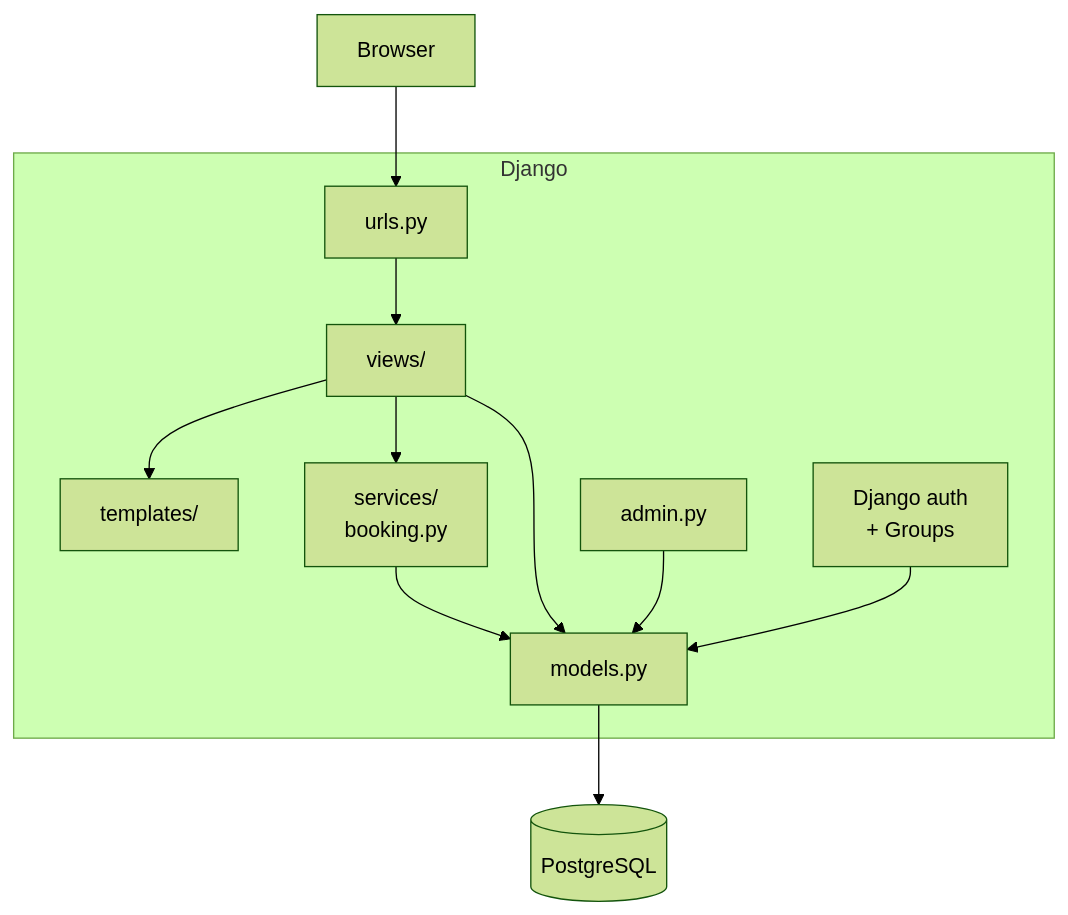
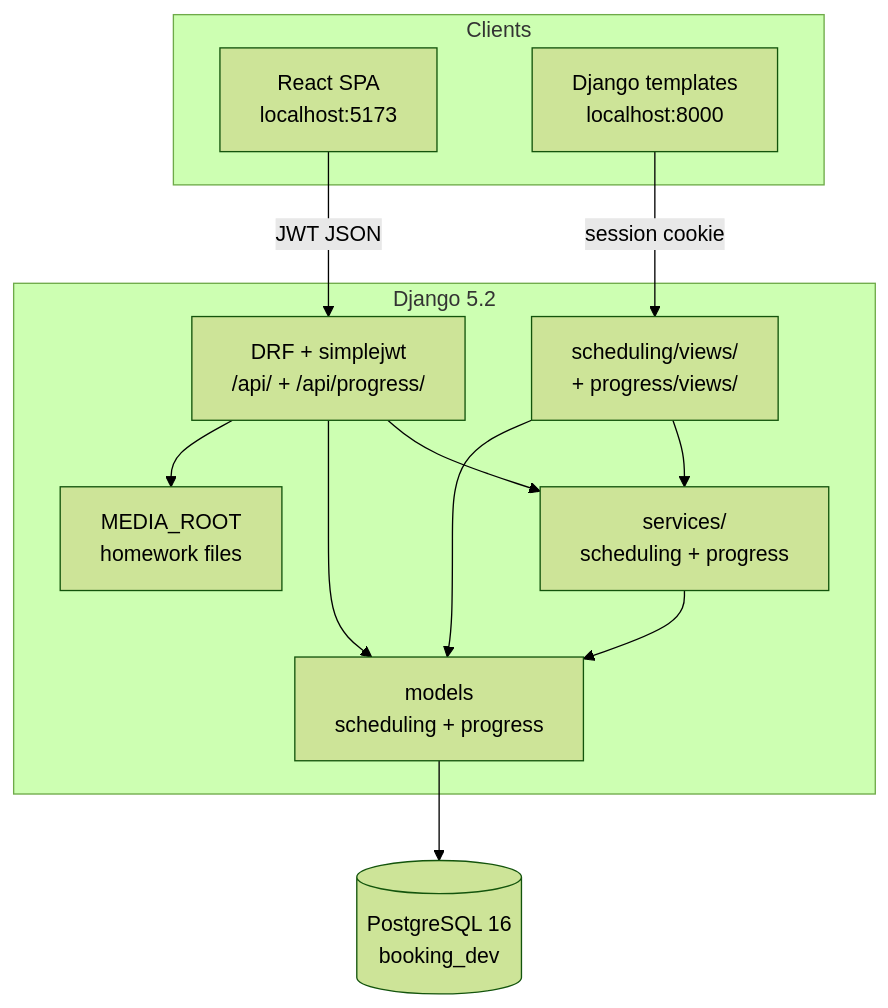
The first of 2 diagrams in docs/architecture-and-roadmap.md (GNOgonzalez/booking_system), drawn with Mermaid (forest theme) before and after one commit. The commit also changed other lines of this file and 193 other files, not shown here.

````diff
--- a/docs/architecture-and-roadmap.md
+++ b/docs/architecture-and-roadmap.md
@@ -48,23 +13,27 @@
 ```mermaid
 flowchart TB
-    Browser["Browser"]
-    subgraph django["Django"]
-        URLs["urls.py"]
-        Views["views/"]
-        Templates["templates/"]
-        Services["services/\nbooking.py"]
-        Models["models.py"]
-        Auth["Django auth\n+ Groups"]
-        Admin["admin.py"]
+    subgraph clients["Clients"]
+        React["React SPA\nlocalhost:5173"]
+        HTML["Django templates\nlocalhost:8000"]
     end
-    PG[("PostgreSQL")]
 
-    Browser --> URLs --> Views
-    Views --> Templates
+    subgraph django["Django 5.2"]
+        DRF["DRF + simplejwt\n/api/ + /api/progress/"]
+        Views["scheduling/views/\n+ progress/views/"]
+        Services["services/\nscheduling + progress"]
+        Models["models\nscheduling + progress"]
+        Media["MEDIA_ROOT\nhomework files"]
+    end
+
+    PG[("PostgreSQL 16\nbooking_dev")]
+
+    React -->|"JWT JSON"| DRF
+    HTML -->|"session cookie"| Views
+    DRF --> Services
     Views --> Services
     Services --> Models
+    DRF --> Models
     Views --> Models
     Models --> PG
-    Admin --> Models
-    Auth --> Models
+    DRF --> Media
 ```
````
